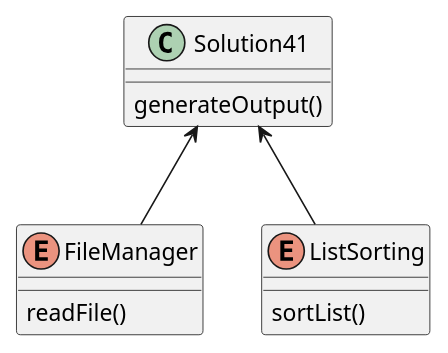
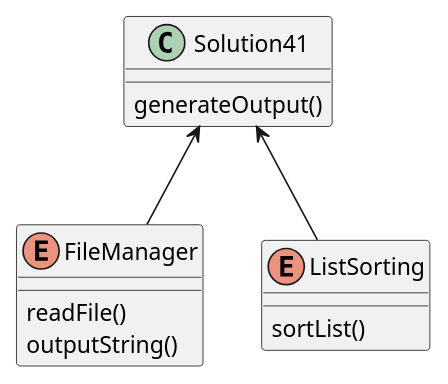
Before and after one commit to Okinsler98/kinsler-cop3330-assignment3: the diagram in src/main/java/ex41/base/Name Sorter.puml, drawn with PlantUML. The commit also changed 7 other files, not shown here.

```diff
--- a/src/main/java/ex41/base/Name Sorter.puml
+++ b/src/main/java/ex41/base/Name Sorter.puml
@@ -1,19 +1,20 @@
 @startuml
 'https://plantuml.com/class-diagram
 
 Solution41 <-- FileManager
 Solution41 <-- ListSorting
 
 class Solution41 {
     generateOutput()
 }
 
 enum FileManager {
     readFile()
+    outputString()
 }
 
 enum ListSorting {
     sortList()
 }
 
 @enduml
```
